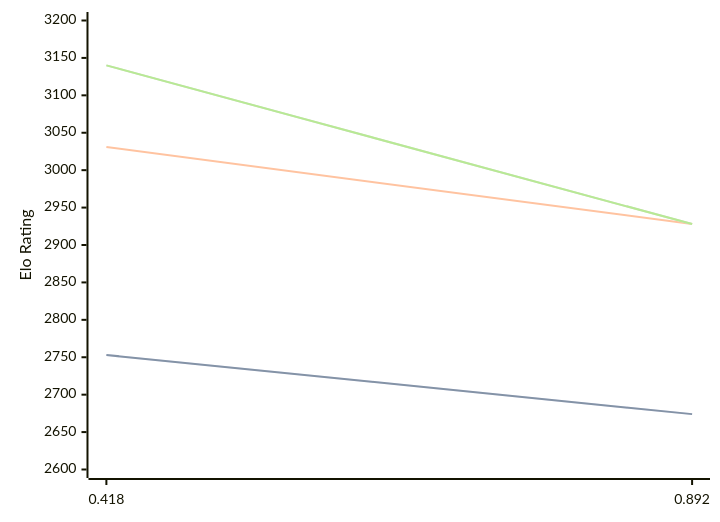
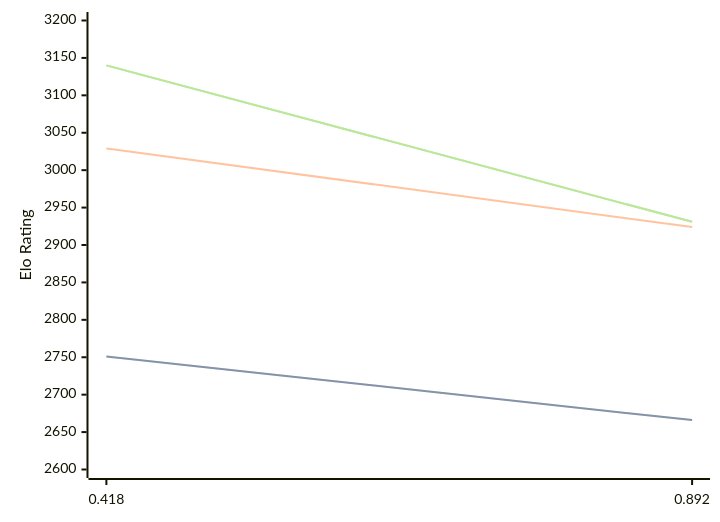
One commit to computer-chess-index/cci changed the diagram in engines/Malika.md. Above: the diagram before and after it, drawn with Mermaid. The commit also changed other lines of this file, not shown here.

Commit message:
Update CCI Ratings (ELO VLTC) - 2026-03-12

````diff
--- a/engines/Malika.md
+++ b/engines/Malika.md
@@ -30,11 +30,11 @@
 ```mermaid
 %%{init: {"theme":"base","themeVariables":{"seriesColors:['#a3a3a3','#222221','#faa371']}}}%%
 xychart-beta
   x-axis ["0.418", "0.892"]
   y-axis "Elo Rating" 2600 --> 3200
-  line "STC (8.0+0.08s)" [2753, 2674]
-  line "STC (8.0+0.08s)" [2753, 2674]
-  line "LTC (60.0+0.60s)" [3031, 2928]
-  line "VLTC (2m24s+1.12s)" [3140, 2928]
-  line "VLTC (2m24s+1.12s)" [3140, 2928]
+  line "STC (8.0+0.08s)" [2751, 2666]
+  line "STC (8.0+0.08s)" [2751, 2666]
+  line "LTC (60.0+0.60s)" [3029, 2924]
+  line "VLTC (2m24s+1.12s)" [3140, 2931]
+  line "VLTC (2m24s+1.12s)" [3140, 2931]
 ```
````
